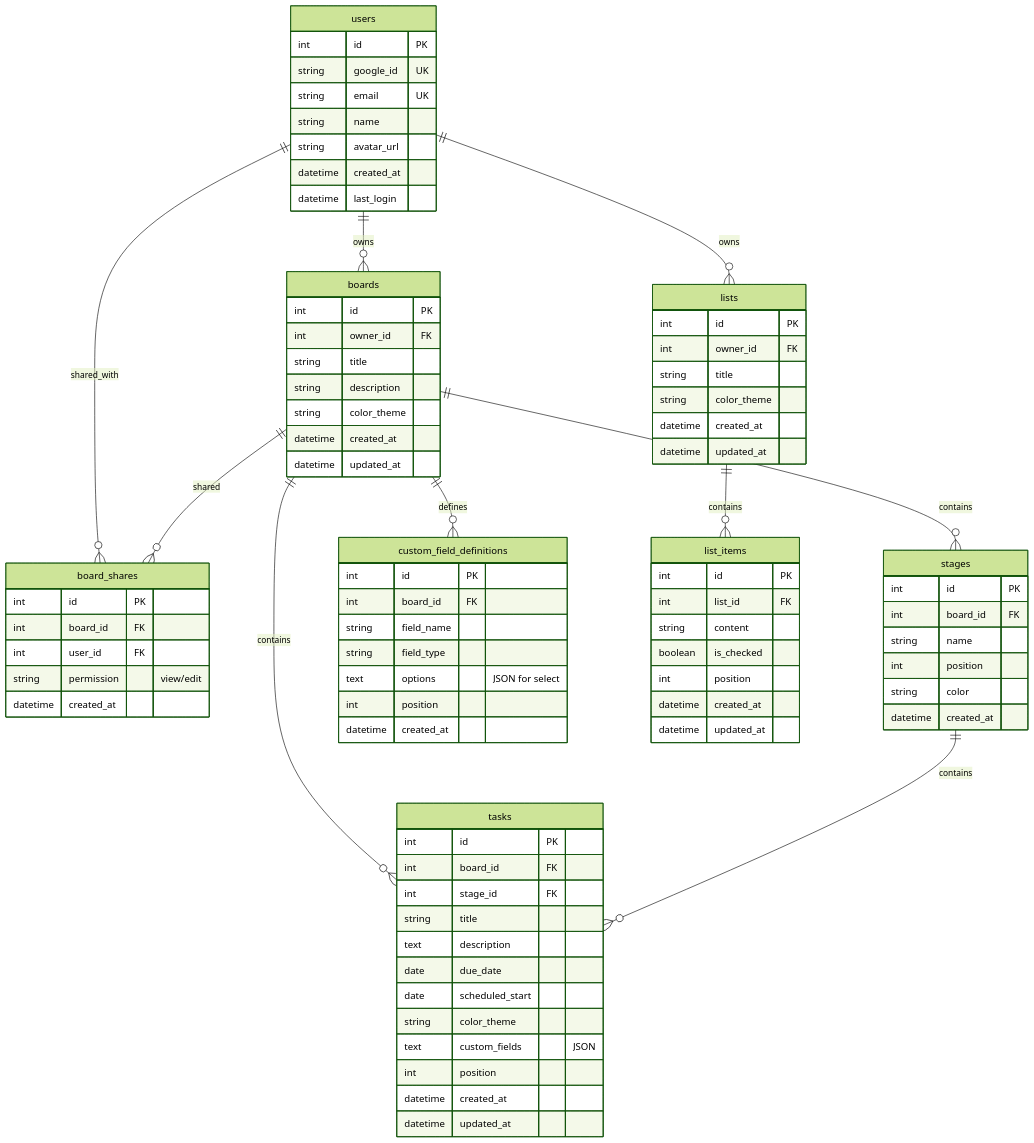
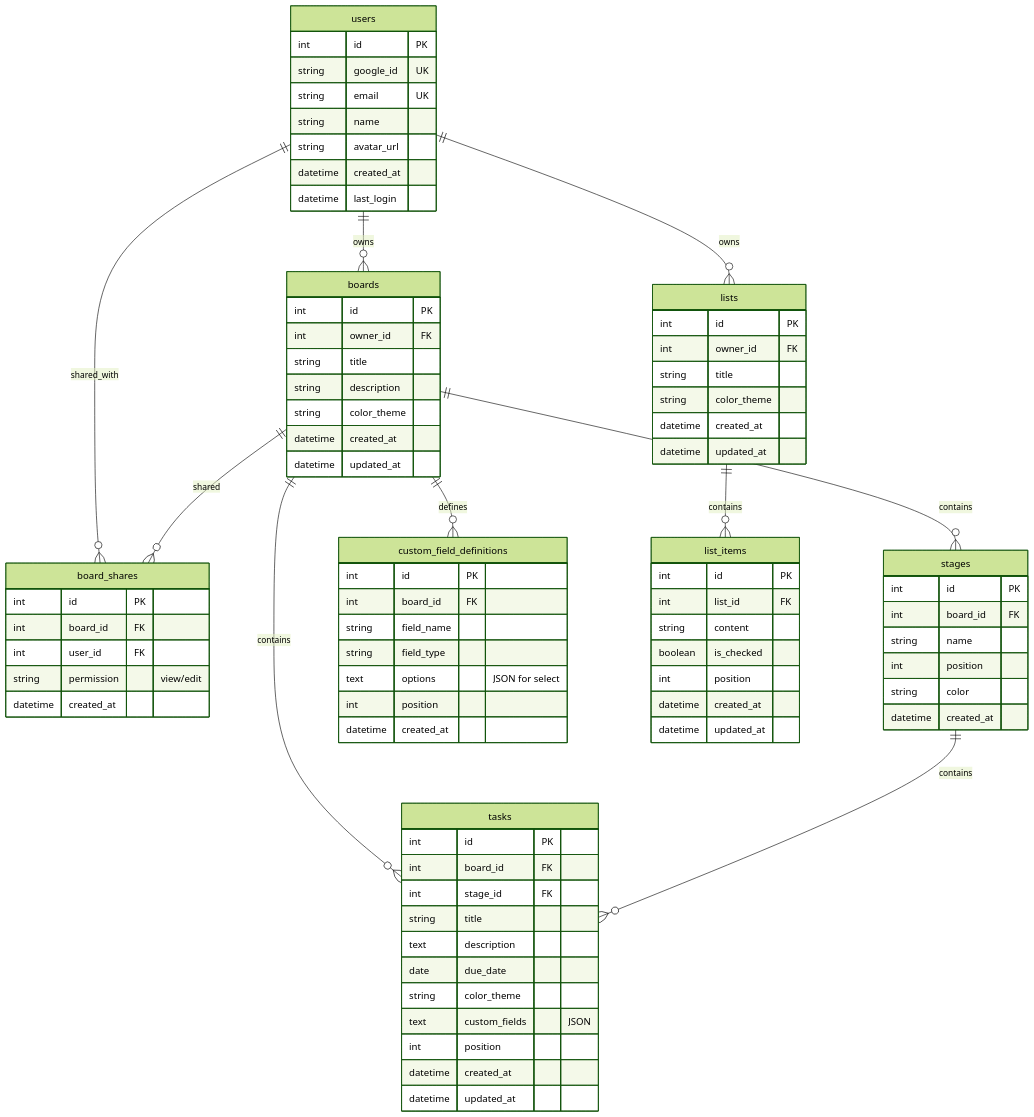
The diagram in docs/diagrams/database-er.md (sabajamalian/saba-taskboard), drawn with Mermaid (forest theme) before and after one commit. The commit also changed 4 other files, not shown here.

```diff
--- a/docs/diagrams/database-er.md
+++ b/docs/diagrams/database-er.md
@@ -57,7 +57,6 @@
         string title
         text description
         date due_date
-        date scheduled_start
         string color_theme
         text custom_fields "JSON"
         int position
```
